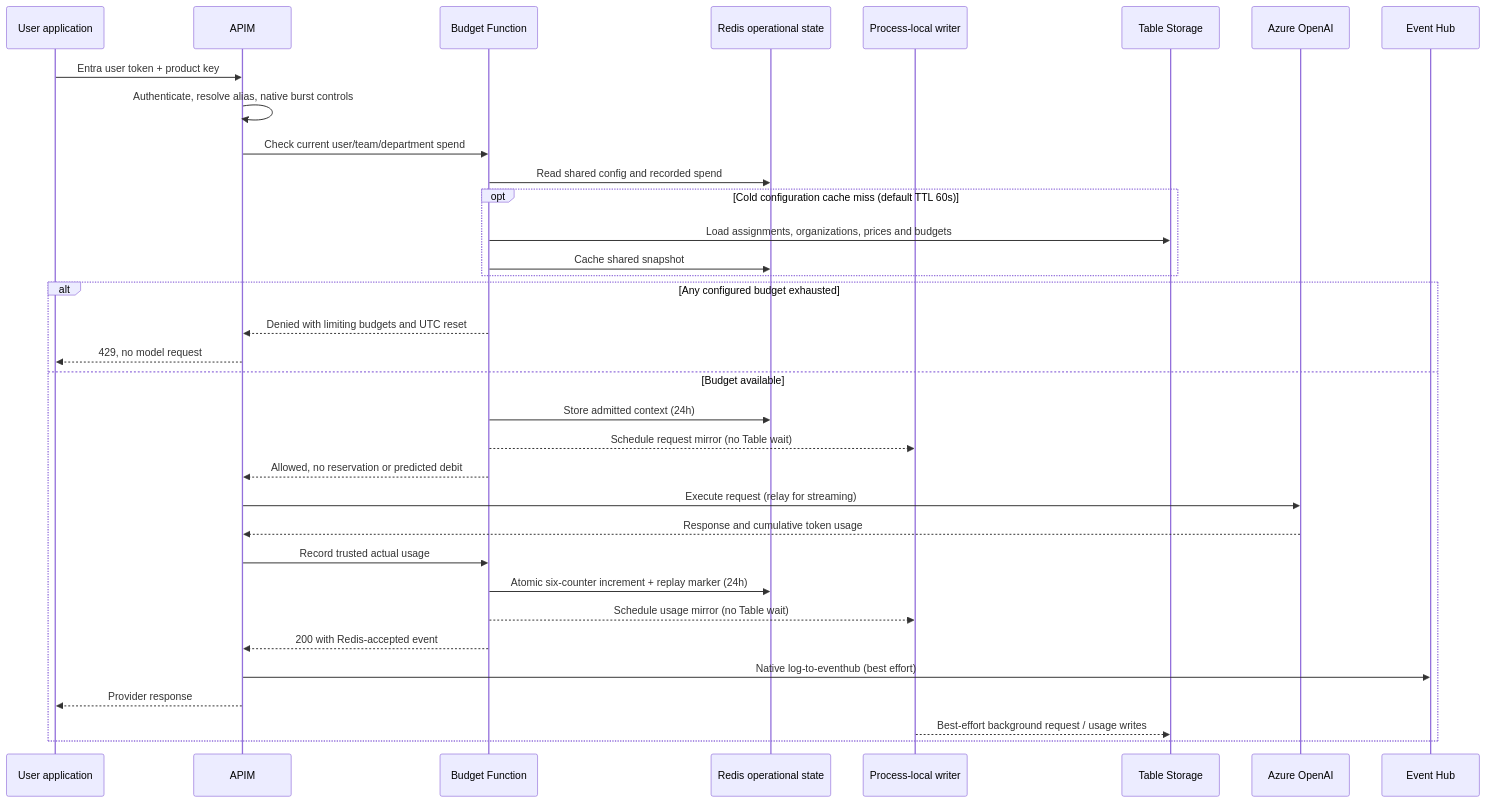
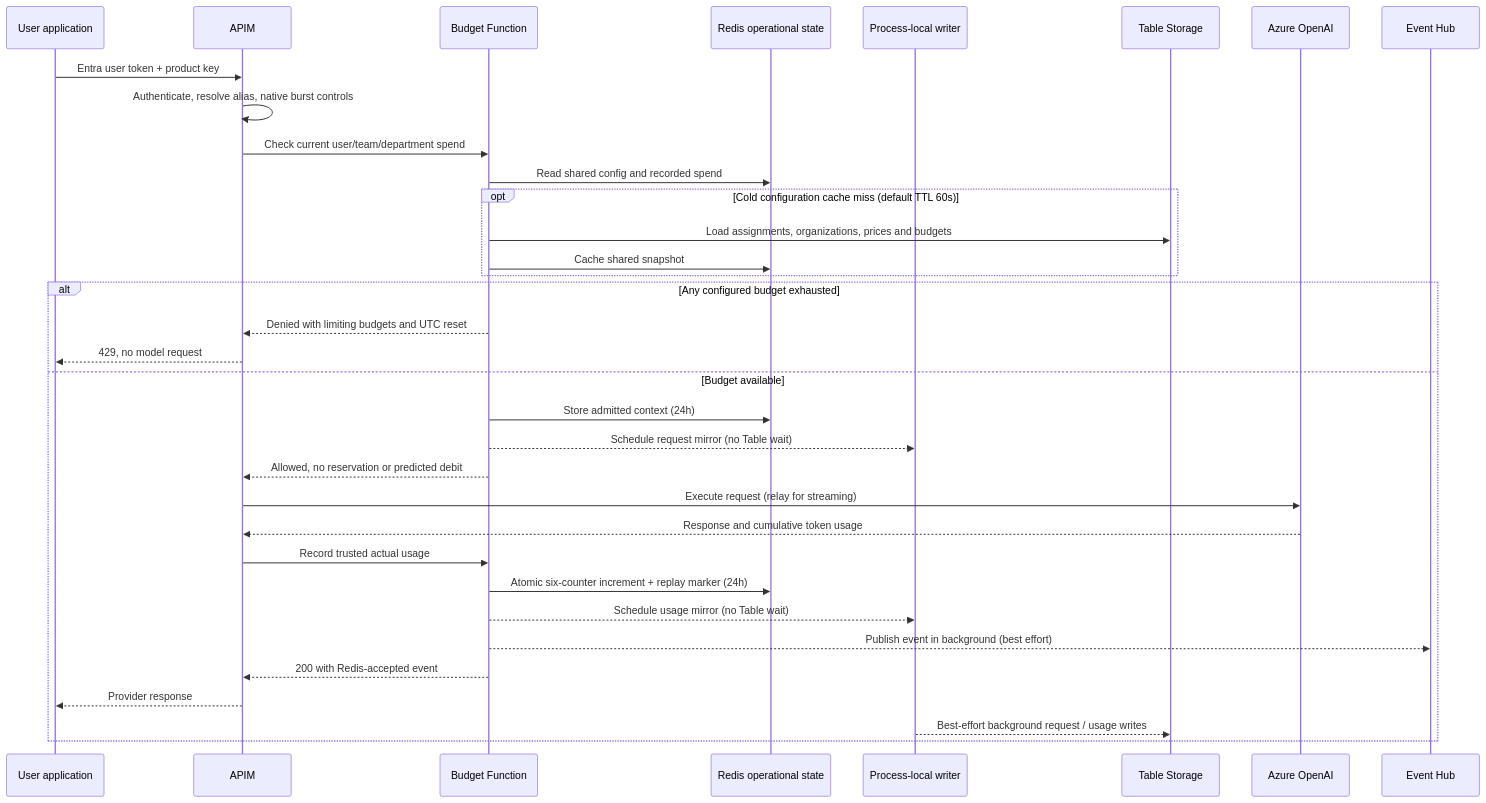
The second of 2 diagrams in ARCHITECTURE.md (jordanbean-msft/apim-rate-limit-foundry), drawn with Mermaid before and after one commit. The commit also changed other lines of this file and 14 other files, not shown here.

First line of the commit message:
docs: describe Function-side Event Hub export and GatewayServices; update diagrams

````diff
--- a/ARCHITECTURE.md
+++ b/ARCHITECTURE.md
@@ -26,36 +55,36 @@
 ```mermaid
 sequenceDiagram
     participant C as User application
     participant A as APIM
     participant F as Budget Function
     participant R as Redis operational state
     participant W as Process-local writer
     participant T as Table Storage
     participant O as Azure OpenAI
     participant E as Event Hub
     C->>A: Entra user token + product key
     A->>A: Authenticate, resolve alias, native burst controls
     A->>F: Check current user/team/department spend
     F->>R: Read shared config and recorded spend
     opt Cold configuration cache miss (default TTL 60s)
         F->>T: Load assignments, organizations, prices and budgets
         F->>R: Cache shared snapshot
     end
     alt Any configured budget exhausted
         F-->>A: Denied with limiting budgets and UTC reset
         A-->>C: 429, no model request
     else Budget available
         F->>R: Store admitted context (24h)
         F-->>W: Schedule request mirror (no Table wait)
         F-->>A: Allowed, no reservation or predicted debit
         A->>O: Execute request (relay for streaming)
         O-->>A: Response and cumulative token usage
         A->>F: Record trusted actual usage
         F->>R: Atomic six-counter increment + replay marker (24h)
         F-->>W: Schedule usage mirror (no Table wait)
+        F-->>E: Publish event in background (best effort)
         F-->>A: 200 with Redis-accepted event
-        A->>E: Native log-to-eventhub (best effort)
         A-->>C: Provider response
         W-->>T: Best-effort background request / usage writes
     end
 ```
````
